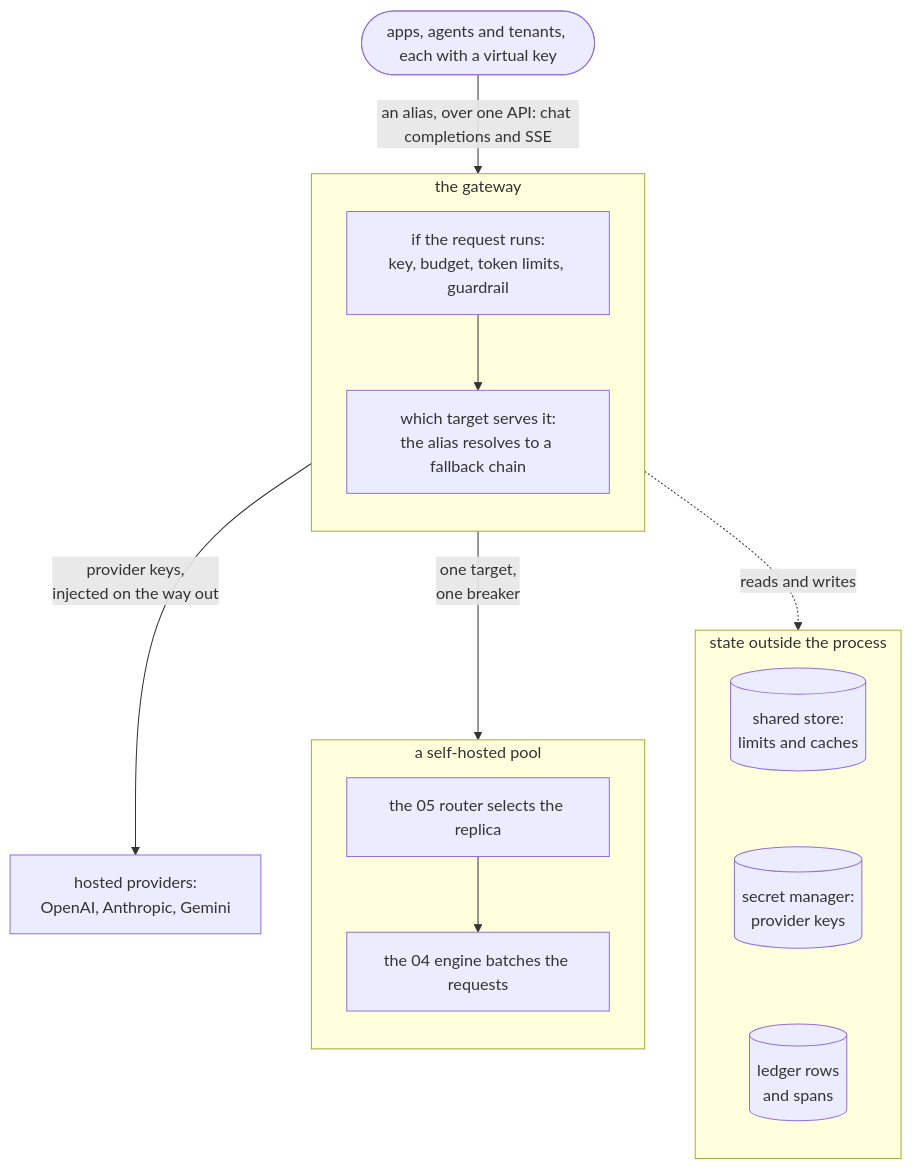
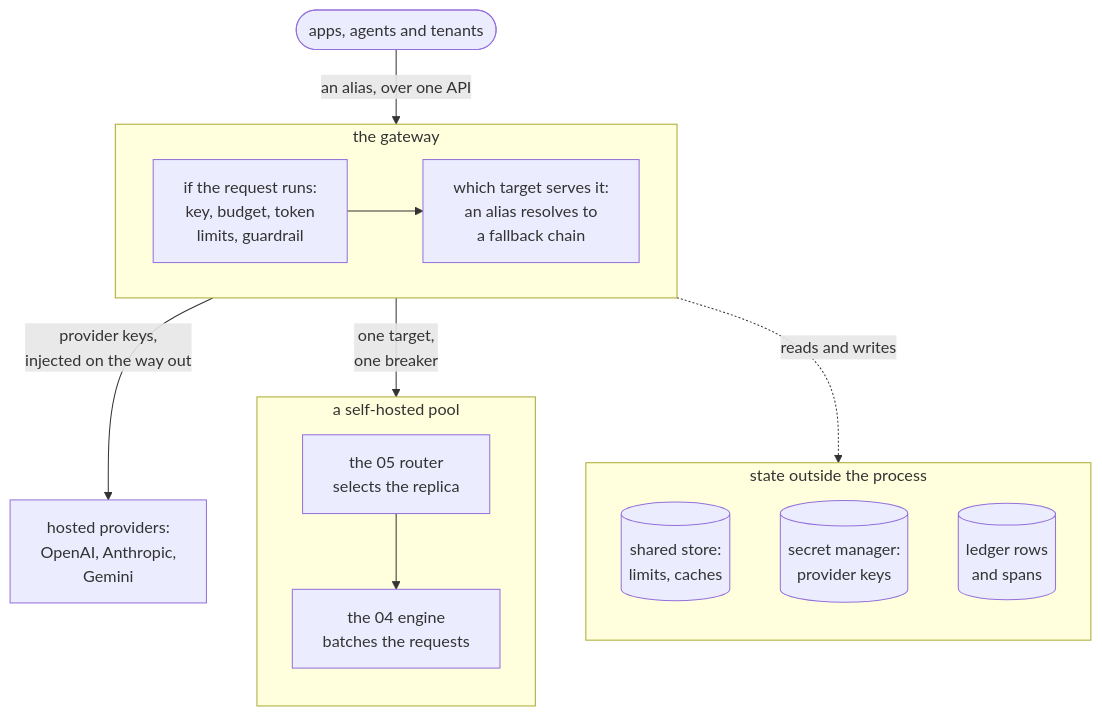
One commit to aniryou/full-stack-agentic-engineer changed the first of 9 diagrams in 06-gateway/llm-gateway/PRIMER.md. Above: the diagram before and after it, drawn with Mermaid. The commit also changed other lines of this file and 633 other files, not shown here.

First line of the commit message:
Accessible language and one-screen figures, part 1: every figure fits a screen, the STE second pass over the layers (#53)

````diff
--- a/06-gateway/llm-gateway/PRIMER.md
+++ b/06-gateway/llm-gateway/PRIMER.md
@@ -49,19 +49,21 @@
 ```mermaid
 flowchart TB
-    APPS(["apps, agents and tenants, each with a virtual key"]) -- "an alias, over one API: chat completions and SSE" --> GW
+    APPS(["apps, agents and tenants"]) -- "an alias, over one API" --> GW
     subgraph GW["the gateway"]
-        direction TB
-        IF["if the request runs:<br/>key, budget, token limits, guardrail"] --> WHICH["which target serves it:<br/>the alias resolves to a fallback chain"]
+        direction LR
+        IF["if the request runs:<br/>key, budget, token<br/>limits, guardrail"] --> WHICH["which target serves it:<br/>an alias resolves to<br/>a fallback chain"]
     end
-    GW -- "provider keys,<br/>injected on the way out" --> HOSTED["hosted providers:<br/>OpenAI, Anthropic, Gemini"]
+    GW -- "provider keys,<br/>injected on the way out" --> HOSTED["hosted providers:<br/>OpenAI, Anthropic,<br/>Gemini"]
     GW -- "one target,<br/>one breaker" --> POOL
     subgraph POOL["a self-hosted pool"]
         direction TB
-        RTR["the 05 router selects the replica"] --> ENG["the 04 engine batches the requests"]
+        RTR["the 05 router<br/>selects the replica"] --> ENG["the 04 engine<br/>batches the requests"]
     end
     GW -. "reads and writes" .-> STATE
     subgraph STATE["state outside the process"]
         direction TB
-        STORE[("shared store:<br/>limits and caches")] ~~~ SECRETS[("secret manager:<br/>provider keys")] ~~~ LEDGER[("ledger rows<br/>and spans")]
+        STORE[("shared store:<br/>limits, caches")]
+        SECRETS[("secret manager:<br/>provider keys")]
+        LEDGER[("ledger rows<br/>and spans")]
     end
 ```
````
